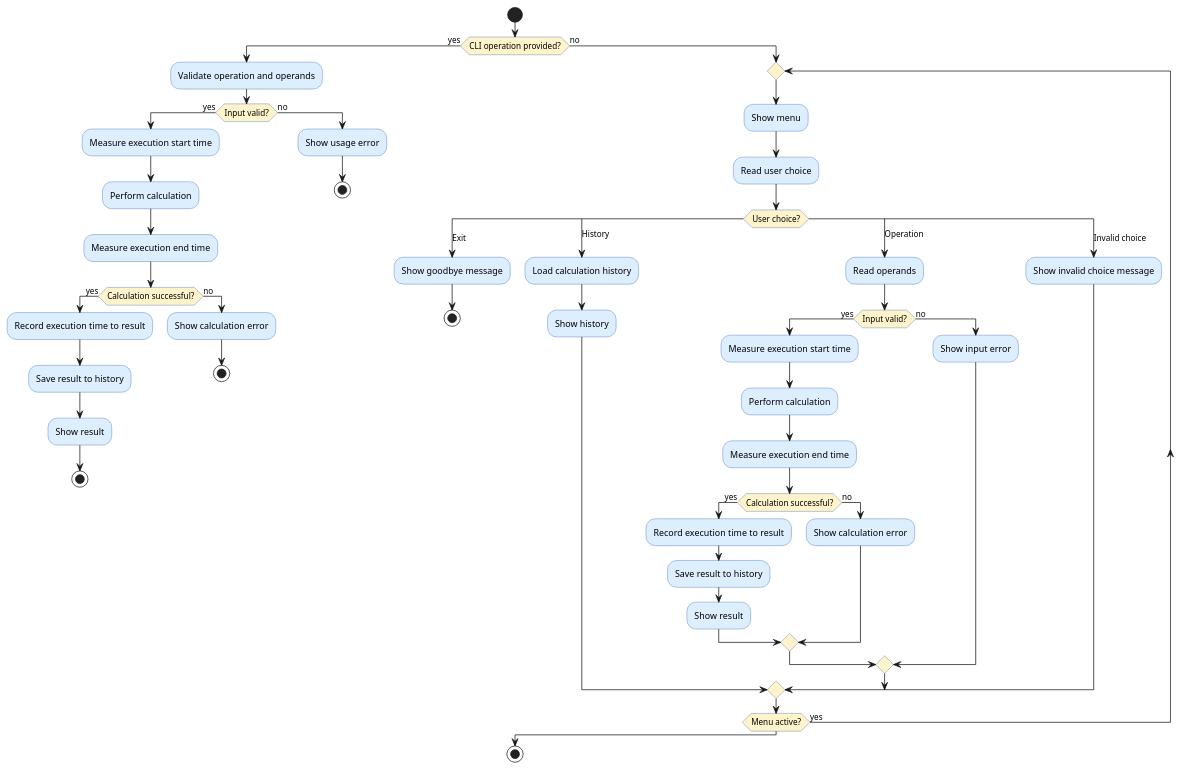
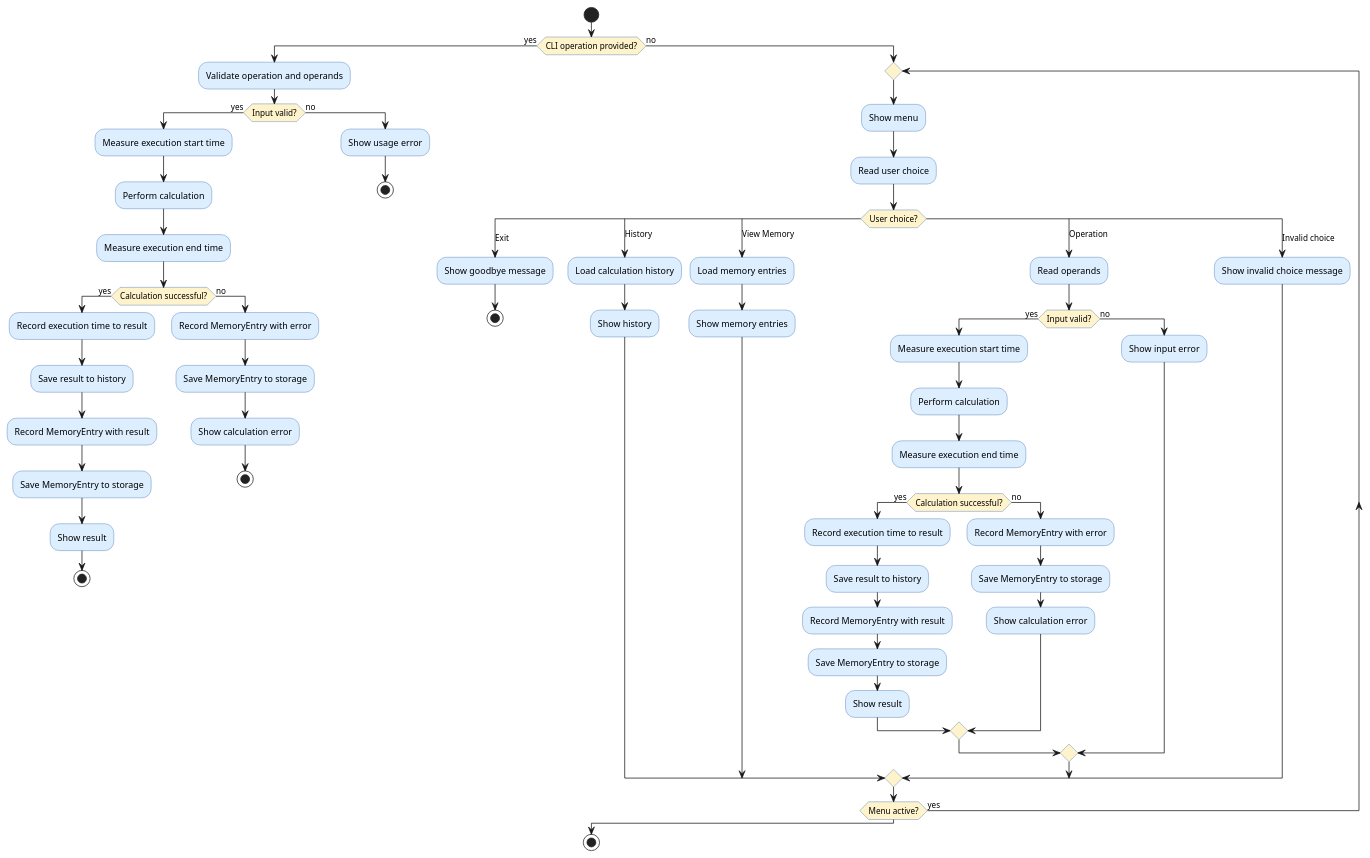
The diagram in experiments/supervisor_as_tools/user_stories/calculator/artifacts/activity_diagram.puml (DanielRiha8906/Software_autoevolution_using_agents), drawn with PlantUML before and after one commit. The commit also changed 18 other files, not shown here.

```diff
--- a/experiments/supervisor_as_tools/user_stories/calculator/artifacts/activity_diagram.puml
+++ b/experiments/supervisor_as_tools/user_stories/calculator/artifacts/activity_diagram.puml
@@ -1,80 +1,92 @@
 @startuml activity_diagram
 
 skinparam activityBackgroundColor #DDEEFF
 skinparam activityBorderColor #3366AA
 skinparam activityDiamondBackgroundColor #FFF3CC
 
 start
 
 if (CLI operation provided?) then (yes)
 
   :Validate operation and operands;
 
   if (Input valid?) then (yes)
     :Measure execution start time;
     :Perform calculation;
     :Measure execution end time;
 
     if (Calculation successful?) then (yes)
       :Record execution time to result;
       :Save result to history;
+      :Record MemoryEntry with result;
+      :Save MemoryEntry to storage;
       :Show result;
       stop
     else (no)
+      :Record MemoryEntry with error;
+      :Save MemoryEntry to storage;
       :Show calculation error;
       stop
     endif
 
   else (no)
     :Show usage error;
     stop
   endif
 
 else (no)
 
   repeat
     :Show menu;
     :Read user choice;
 
     switch (User choice?)
 
       case (Exit)
         :Show goodbye message;
         stop
 
       case (History)
         :Load calculation history;
         :Show history;
 
+      case (View Memory)
+        :Load memory entries;
+        :Show memory entries;
+
       case (Operation)
         :Read operands;
 
         if (Input valid?) then (yes)
           :Measure execution start time;
           :Perform calculation;
           :Measure execution end time;
 
           if (Calculation successful?) then (yes)
             :Record execution time to result;
             :Save result to history;
+            :Record MemoryEntry with result;
+            :Save MemoryEntry to storage;
             :Show result;
           else (no)
+            :Record MemoryEntry with error;
+            :Save MemoryEntry to storage;
             :Show calculation error;
           endif
 
         else (no)
           :Show input error;
         endif
 
       case (Invalid choice)
         :Show invalid choice message;
 
     endswitch
 
   repeat while (Menu active?) is (yes)
 
 endif
 
 stop
 
 @enduml
```
